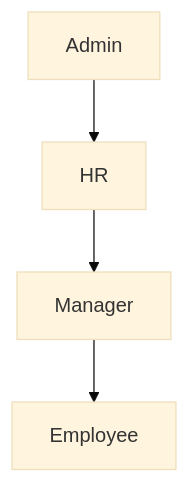
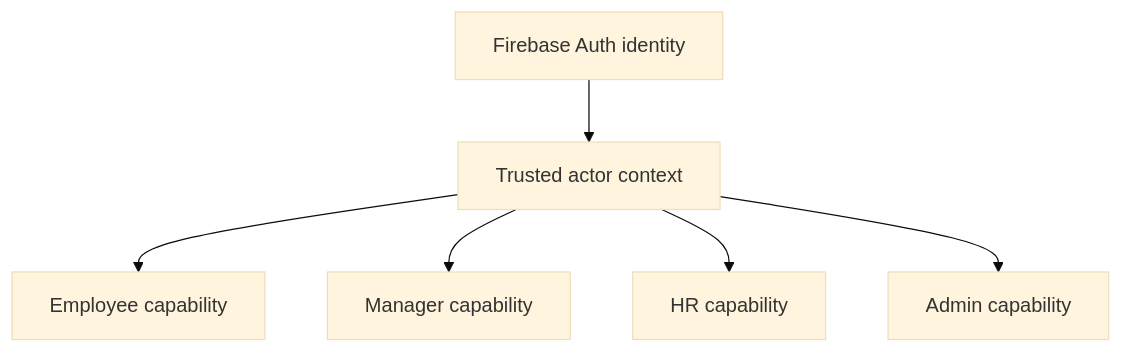
One commit to 369sup/worksync-hr changed the diagram in docs/07-security/roles-permissions.md. Above: the diagram before and after it, drawn with Mermaid (base theme). The commit also changed other lines of this file and 36 other files, not shown here.

````diff
--- a/docs/07-security/roles-permissions.md
+++ b/docs/07-security/roles-permissions.md
@@ -7,6 +7,8 @@
 ```mermaid
 flowchart TD
-  Admin --> HR
-  HR --> Manager
-  Manager --> Employee
+  AUTH[Firebase Auth identity] --> ACTOR[Trusted actor context]
+  ACTOR --> EMP[Employee capability]
+  ACTOR --> MAN[Manager capability]
+  ACTOR --> HR[HR capability]
+  ACTOR --> ADMIN[Admin capability]
 ```
````
